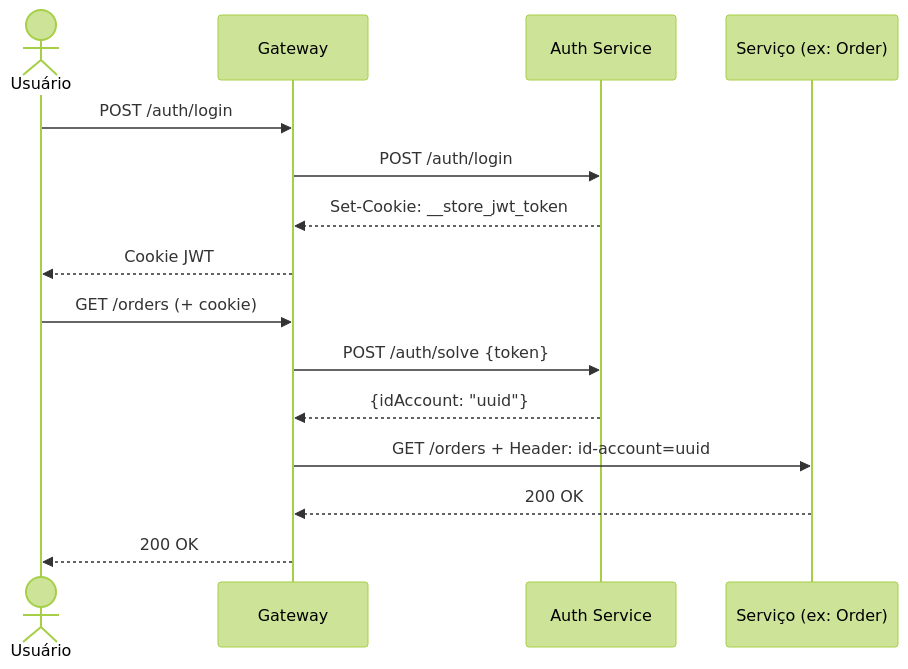
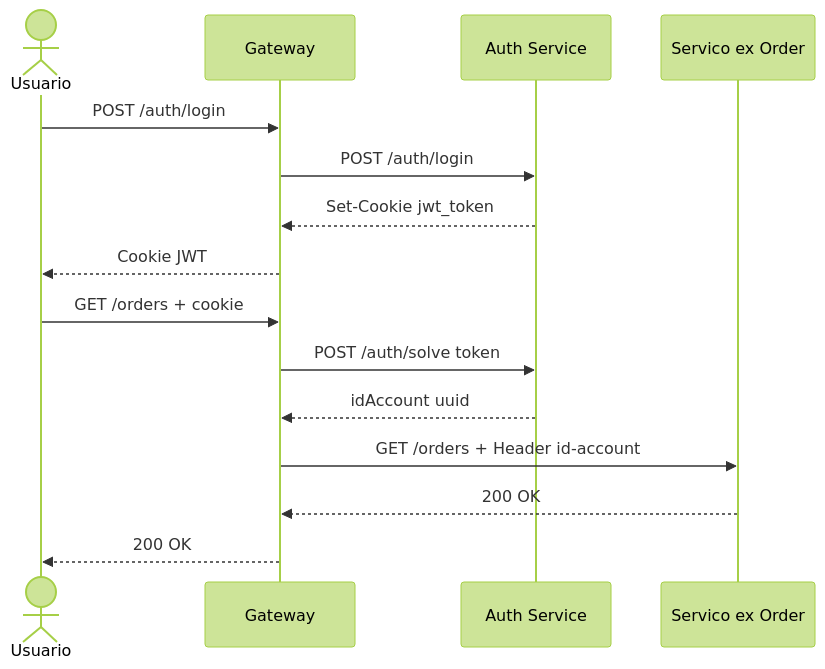
The second of 5 diagrams in docs/architecture.md (microservice-henry/pma.26.1), drawn with Mermaid (forest theme) before and after one commit. The commit also changed other lines of this file and 3 other files, not shown here.

Commit message:
fix: mermaid syntax errors and grey theme

````diff
--- a/docs/architecture.md
+++ b/docs/architecture.md
@@ -48,19 +48,19 @@
 ```mermaid
 sequenceDiagram
-    actor U as Usuário
+    actor U as Usuario
     participant GW as Gateway
     participant Auth as Auth Service
-    participant SVC as Serviço (ex: Order)
+    participant SVC as Servico ex Order
 
     U->>GW: POST /auth/login
     GW->>Auth: POST /auth/login
-    Auth-->>GW: Set-Cookie: __store_jwt_token
+    Auth-->>GW: Set-Cookie jwt_token
     GW-->>U: Cookie JWT
 
-    U->>GW: GET /orders (+ cookie)
-    GW->>Auth: POST /auth/solve {token}
-    Auth-->>GW: {idAccount: "uuid"}
-    GW->>SVC: GET /orders + Header: id-account=uuid
+    U->>GW: GET /orders + cookie
+    GW->>Auth: POST /auth/solve token
+    Auth-->>GW: idAccount uuid
+    GW->>SVC: GET /orders + Header id-account
     SVC-->>GW: 200 OK
     GW-->>U: 200 OK
 ```
````
